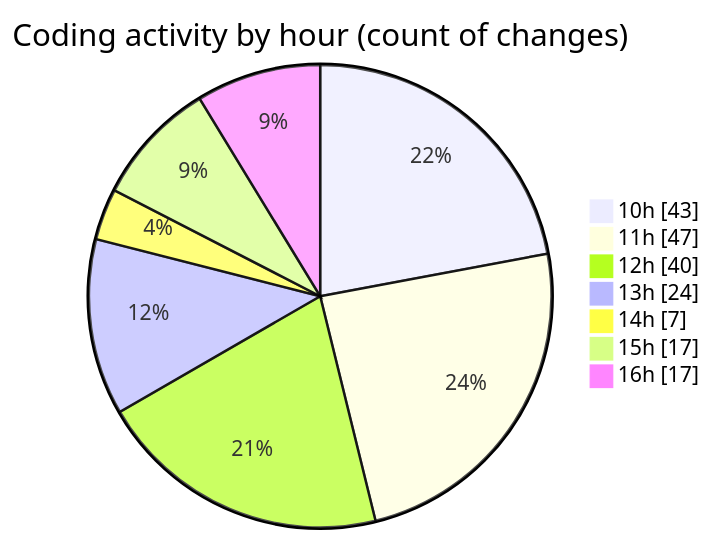
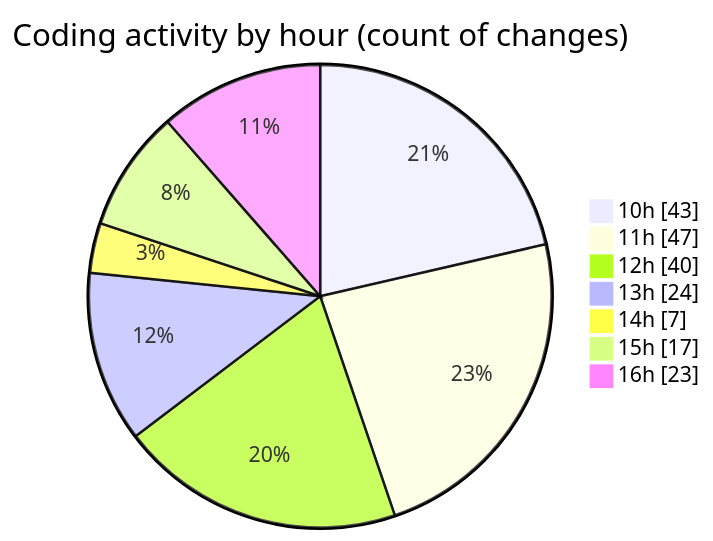
The second of 2 diagrams in 2025-02-10/cda/README.md (momahboobian/code-tracking), drawn with Mermaid before and after one commit. The commit also changed other lines of this file and 1 other file, not shown here.

````diff
--- a/2025-02-10/cda/README.md
+++ b/2025-02-10/cda/README.md
@@ -35,11 +35,11 @@
 ```mermaid
 pie showData
 title Coding activity by hour (count of changes)
 "10h" : 43
 "11h" : 47
 "12h" : 40
 "13h" : 24
 "14h" : 7
 "15h" : 17
-"16h" : 17
+"16h" : 23
 ```
````
